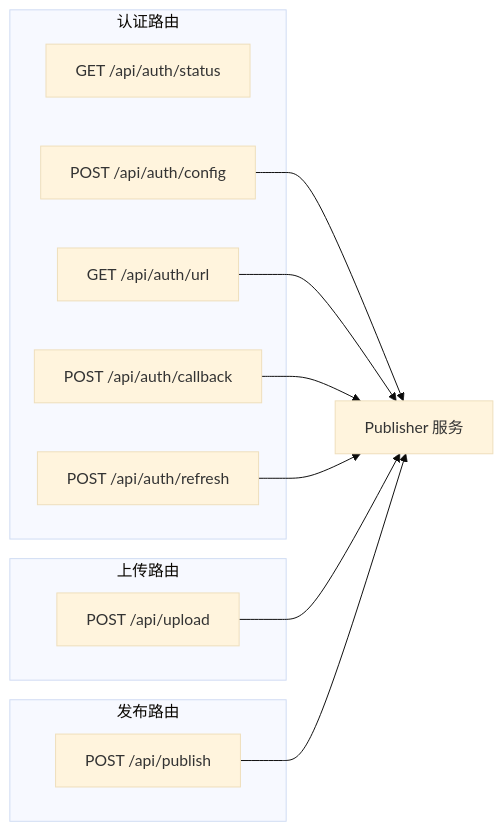
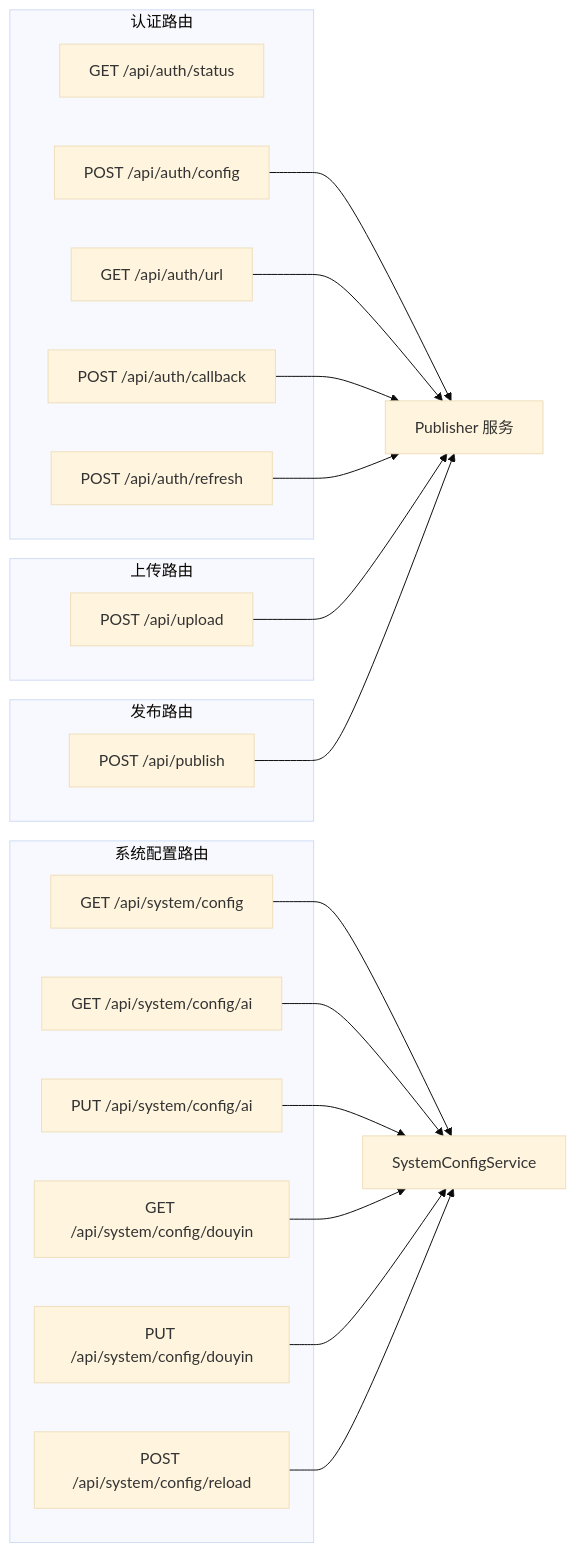
One commit to songdiyang/clawOperations changed diagram 14 of 16 in .qoder/repowiki/zh/content/工具服务模块/配置管理/配置管理系统.md. Above: the diagram before and after it, drawn with Mermaid (base theme). The commit also changed other lines of this file and 10 other files, not shown here.

````diff
--- a/.qoder/repowiki/zh/content/工具服务模块/配置管理/配置管理系统.md
+++ b/.qoder/repowiki/zh/content/工具服务模块/配置管理/配置管理系统.md
@@ -422,22 +608,36 @@
 ```mermaid
 graph LR
 subgraph "认证路由"
 Status[GET /api/auth/status]
 Config[POST /api/auth/config]
 Url[GET /api/auth/url]
 Callback[POST /api/auth/callback]
 Refresh[POST /api/auth/refresh]
 end
+subgraph "系统配置路由"
+SystemConfig[GET /api/system/config]
+SystemAI[GET /api/system/config/ai]
+SystemAIUpdate[PUT /api/system/config/ai]
+SystemDouyin[GET /api/system/config/douyin]
+SystemDouyinUpdate[PUT /api/system/config/douyin]
+SystemReload[POST /api/system/config/reload]
+end
 subgraph "上传路由"
 Upload[POST /api/upload]
 end
 subgraph "发布路由"
 Publish[POST /api/publish]
 end
+SystemConfig --> SystemConfigService[SystemConfigService]
+SystemAI --> SystemConfigService
+SystemAIUpdate --> SystemConfigService
+SystemDouyin --> SystemConfigService
+SystemDouyinUpdate --> SystemConfigService
+SystemReload --> SystemConfigService
 Config --> Publisher[Publisher 服务]
 Url --> Publisher
 Callback --> Publisher
 Refresh --> Publisher
 Upload --> Publisher
 Publish --> Publisher
 ```
````
